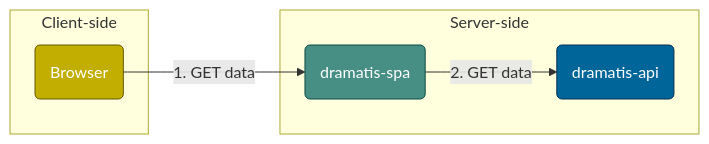
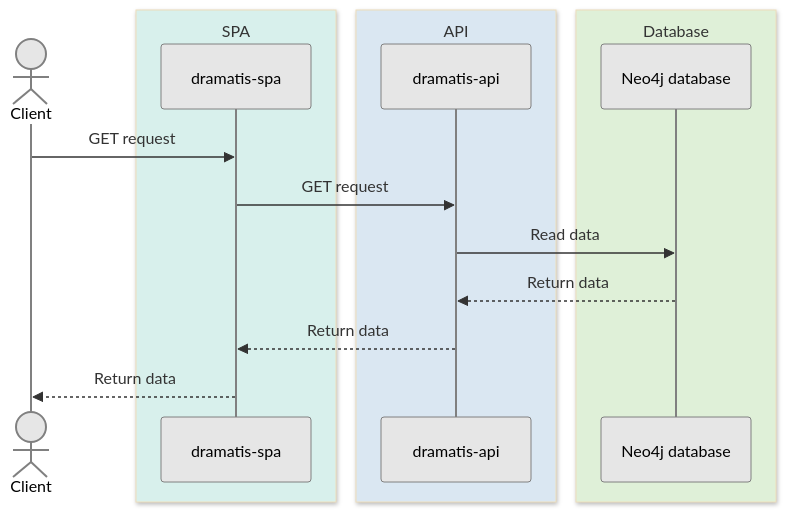
The diagram in README.md (andygout/dramatis-spa), drawn with Mermaid before and after one commit.

Commit message:
Convert architecture diagram from flowchart to sequence diagram (#318)
* Convert architecture diagram from flowchart to sequence diagram

* Convert architecture diagram from flowchart to sequence diagram

````diff
--- a/README.md
+++ b/README.md
@@ -23,29 +23,38 @@
 ```mermaid
-flowchart LR
-	%% Containers and components
-	subgraph CLIENT_SIDE[Client-side]
-		BROWSER(Browser)
-	end
+---
+config:
+  theme: base
+  themeVariables:
+    actorBkg: "#E6E6E6"
+    actorBorder: "#808080"
+    actorTextColor: "#000000"
+---
+sequenceDiagram
+  %% Components and grouping boxes
+  actor CLIENT as Client
 
-	subgraph SERVER_SIDE[Server-side]
-		DRAMATIS_API(dramatis-api)
-		DRAMATIS_SPA(dramatis-spa)
-	end
+  box rgb(216, 240, 236) SPA
+    participant DRAMATIS_SPA as dramatis-spa
+  end
 
-	%% Relationships
-	BROWSER -- 1. GET data --> DRAMATIS_SPA
+  box rgb(218, 231, 242) API
+    participant DRAMATIS_API as dramatis-api
+  end
 
-	DRAMATIS_SPA -- 2. GET data --> DRAMATIS_API
+  box rgb(223, 240, 216) Database
+    participant NEO4J_DATABASE as Neo4j database
+  end
 
-	%% Style Definitions
-	classDef browser fill:#c2ad01,stroke:#625800,color:#FFFFFF
+  %% Relationships
+  CLIENT ->> DRAMATIS_SPA: GET request
 
-	classDef dramatisSpa fill:#478e84,stroke:#094a40,color:#FFFFFF
+  DRAMATIS_SPA ->> DRAMATIS_API: GET request
 
-	classDef dramatisApi fill:#006699,stroke:#042c53,color:#FFFFFF
+  DRAMATIS_API ->> NEO4J_DATABASE: Read data
 
-	%% Apply Styles
-	class DRAMATIS_API dramatisApi
-	class DRAMATIS_SPA dramatisSpa
-	class BROWSER browser
+  NEO4J_DATABASE -->> DRAMATIS_API: Return data
+
+  DRAMATIS_API -->> DRAMATIS_SPA: Return data
+
+  DRAMATIS_SPA -->> CLIENT: Return data
 ```
````
